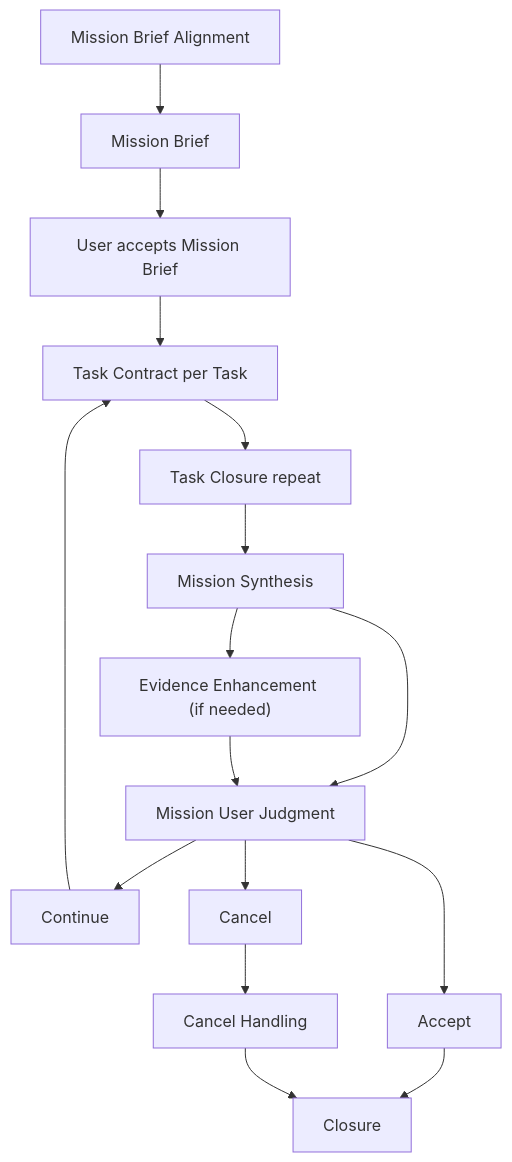
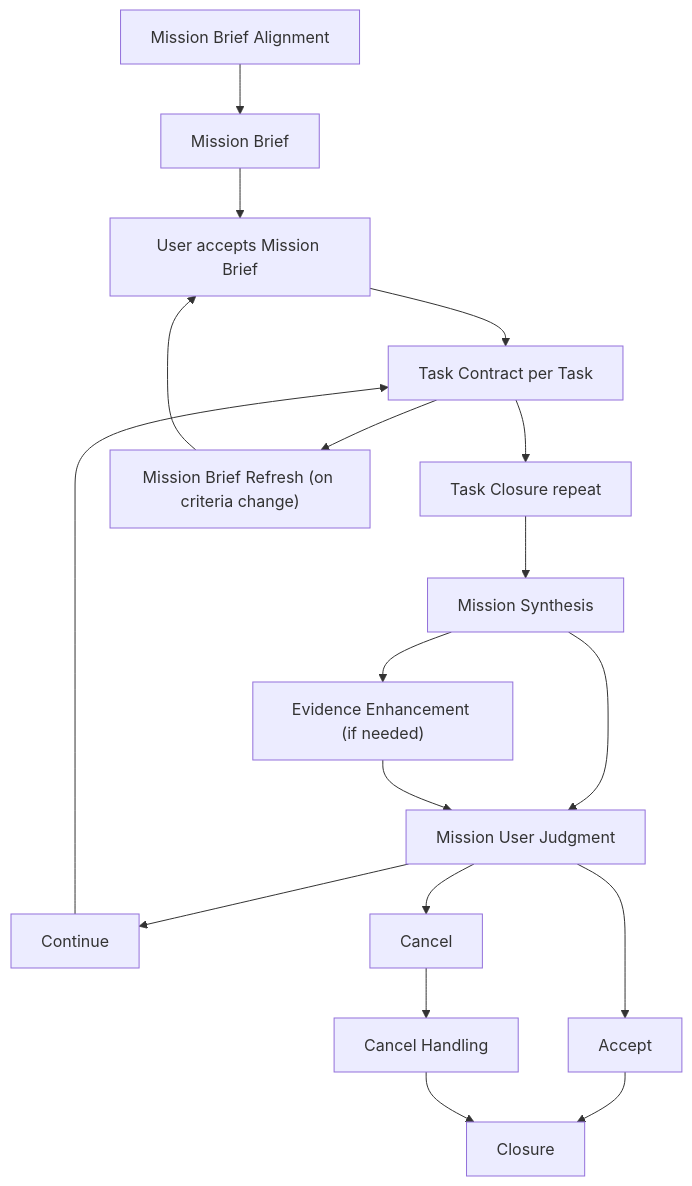
One commit to choam2426/Geas changed the diagram in docs/workflow/mission.md. Above: the diagram before and after it, drawn with Mermaid. The commit also changed other lines of this file and 14 other files, not shown here.

````diff
--- a/docs/workflow/mission.md
+++ b/docs/workflow/mission.md
@@ -17,21 +17,24 @@
 ```mermaid
 flowchart TD
   align["Mission Brief Alignment"] --> brief["Mission Brief"]
   brief --> briefAccept["User accepts Mission Brief"]
   briefAccept --> taskLoop["Task Contract per Task"]
   taskLoop --> taskRepeat["Task Closure repeat"]
   taskRepeat --> synthesis["Mission Synthesis"]
   synthesis --> missionJudgment["Mission User Judgment"]
   synthesis --> evidenceEnhance["Evidence Enhancement (if needed)"]
   evidenceEnhance --> missionJudgment
 
   missionJudgment --> accept["Accept"]
   accept --> closure["Closure"]
 
   missionJudgment --> continue["Continue"]
   continue --> taskLoop
 
   missionJudgment --> cancel["Cancel"]
   cancel --> cancelHandling["Cancel Handling"]
   cancelHandling --> closure
+
+  taskLoop --> briefRefresh["Mission Brief Refresh (on criteria change)"]
+  briefRefresh --> briefAccept
 ```
````
